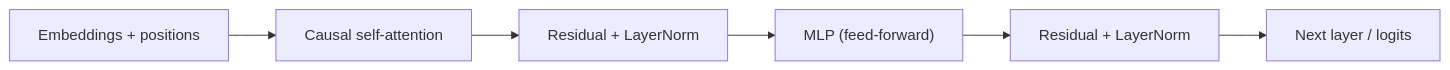
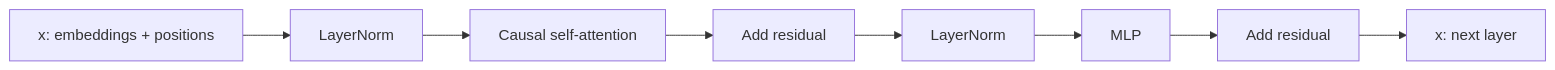
Before and after one commit to snowch/snowch.github.io: the third of 4 diagrams in ai-eng/transformer/TR01_transformers_tokens_to_next_token.md, drawn with Mermaid. The commit also changed other lines of this file, not shown here.

````diff
--- a/ai-eng/transformer/TR01_transformers_tokens_to_next_token.md
+++ b/ai-eng/transformer/TR01_transformers_tokens_to_next_token.md
@@ -68,8 +128,10 @@
 ```{mermaid}
-flowchart LR;
-  X["Embeddings + positions"] --> A["Causal self-attention"];
-  A --> R1["Residual + LayerNorm"];
-  R1 --> M["MLP (feed-forward)"];
-  M --> R2["Residual + LayerNorm"];
-  R2 --> OUT["Next layer / logits"];
+flowchart LR
+  X["x: embeddings + positions"] --> LN1["LayerNorm"]
+  LN1 --> A["Causal self-attention"]
+  A --> R1["Add residual"]
+  R1 --> LN2["LayerNorm"]
+  LN2 --> M["MLP"]
+  M --> R2["Add residual"]
+  R2 --> Y["x: next layer"]
 ```
````
